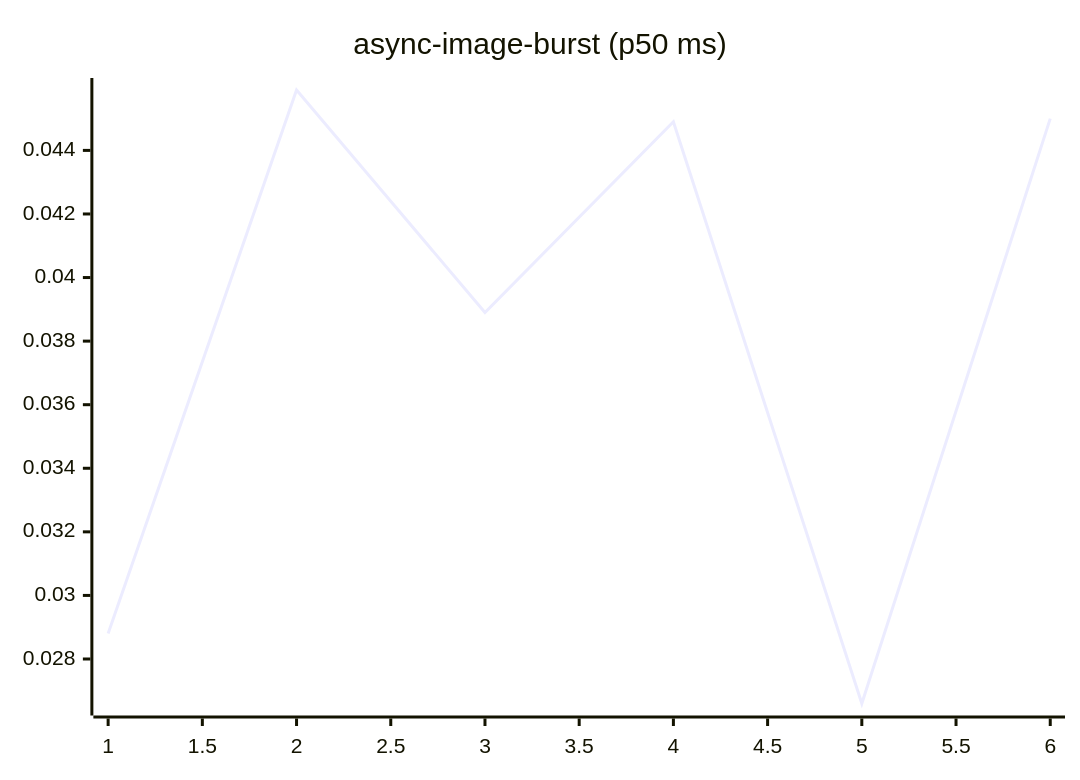
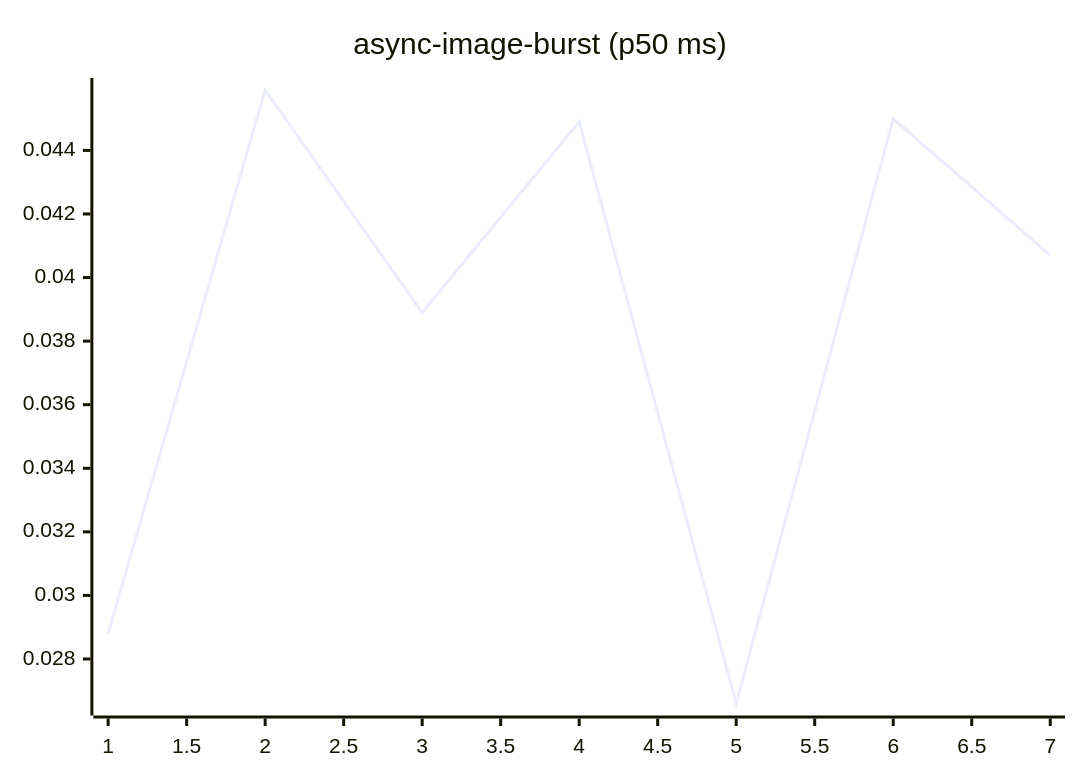
One commit to josha/Facet changed the fourth of 27 diagrams in README.md. Above: the diagram before and after it, drawn with Mermaid. The commit also changed other lines of this file and 2 other files, not shown here.

````diff
--- a/README.md
+++ b/README.md
@@ -84,6 +84,6 @@
 ```mermaid
 xychart-beta
     title "async-image-burst (p50 ms)"
-    x-axis 1 --> 6
-    line [0.0288, 0.0459, 0.0389, 0.0449, 0.0266, 0.0450]
+    x-axis 1 --> 7
+    line [0.0288, 0.0459, 0.0389, 0.0449, 0.0266, 0.0450, 0.0407]
 ```
````
